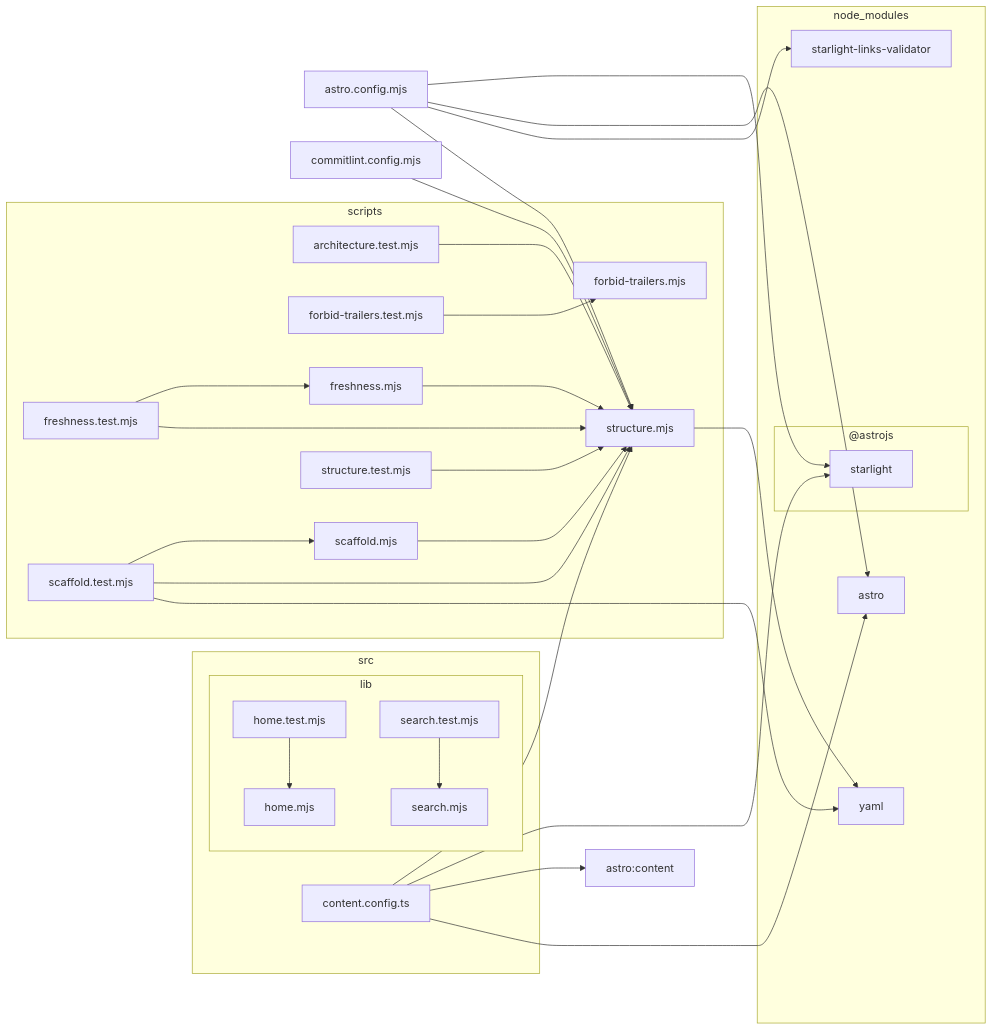
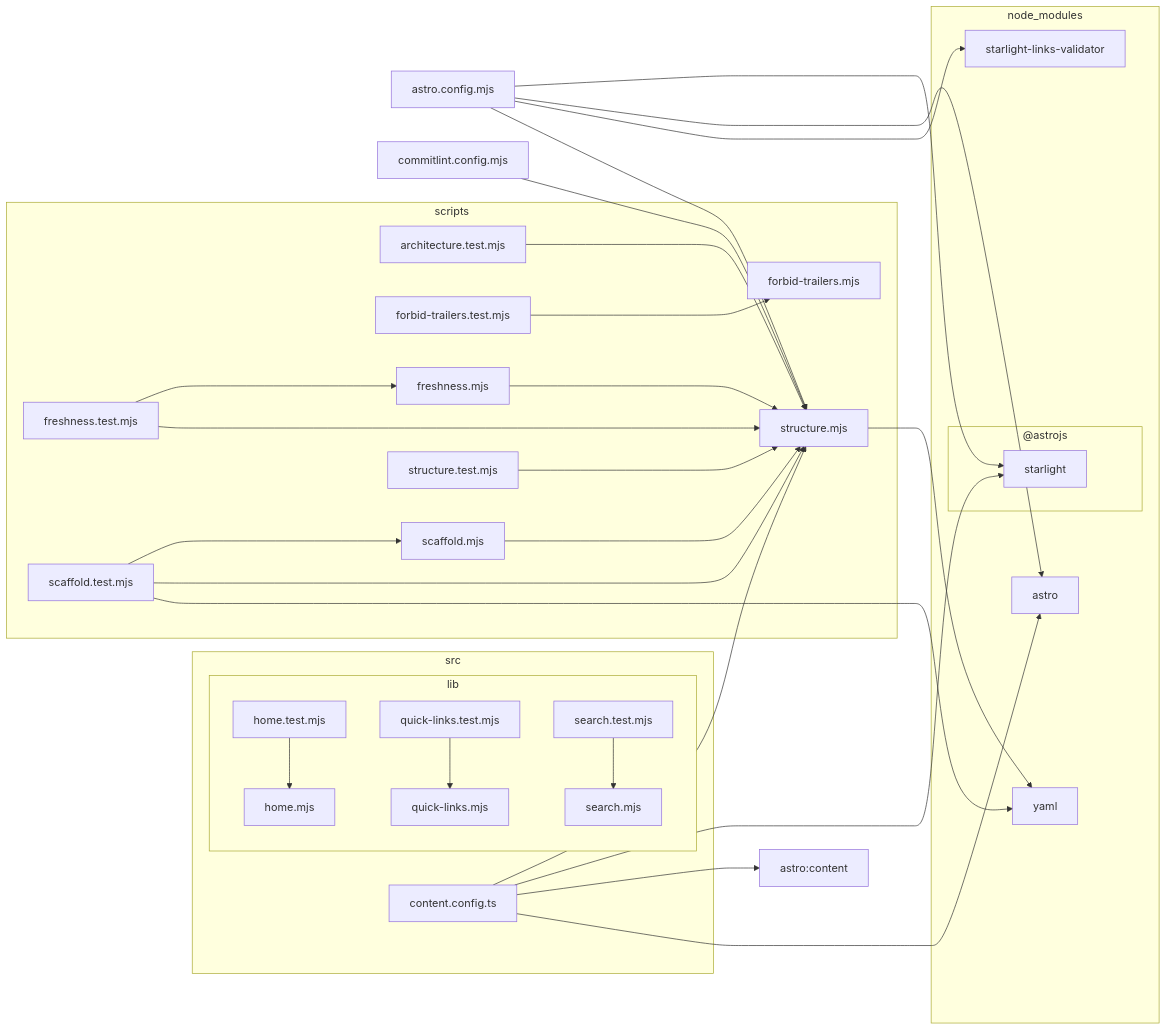
One commit to FilipTw/claude-craft changed the diagram in docs/architecture.mmd. Above: the diagram before and after it, drawn with Mermaid. The commit also changed 7 other files, not shown here.

```diff
--- a/docs/architecture.mmd
+++ b/docs/architecture.mmd
@@ -1,55 +1,58 @@
 flowchart LR
 
 0["astro.config.mjs"]
 1["astro:content"]
 2["commitlint.config.mjs"]
 subgraph 3["node_modules"]
 subgraph 4["@astrojs"]
 5["starlight"]
 end
 6["astro"]
 7["starlight-links-validator"]
 8["yaml"]
 end
 subgraph 9["scripts"]
 A["architecture.test.mjs"]
 B["forbid-trailers.mjs"]
 C["forbid-trailers.test.mjs"]
 D["freshness.mjs"]
 E["freshness.test.mjs"]
 F["scaffold.mjs"]
 G["scaffold.test.mjs"]
 H["structure.mjs"]
 I["structure.test.mjs"]
 end
 subgraph J["src"]
 K["content.config.ts"]
 subgraph L["lib"]
 M["home.mjs"]
 N["home.test.mjs"]
-O["search.mjs"]
-P["search.test.mjs"]
+O["quick-links.mjs"]
+P["quick-links.test.mjs"]
+Q["search.mjs"]
+R["search.test.mjs"]
 end
 end
 0-->H
 0-->5
 0-->6
 0-->7
 2-->H
 A-->H
 C-->B
 D-->H
 E-->D
 E-->H
 F-->H
 G-->F
 G-->H
 G-->8
 H-->8
 I-->H
 K-->H
 K-->5
 K-->1
 K-->6
 N-->M
 P-->O
+R-->Q
```
